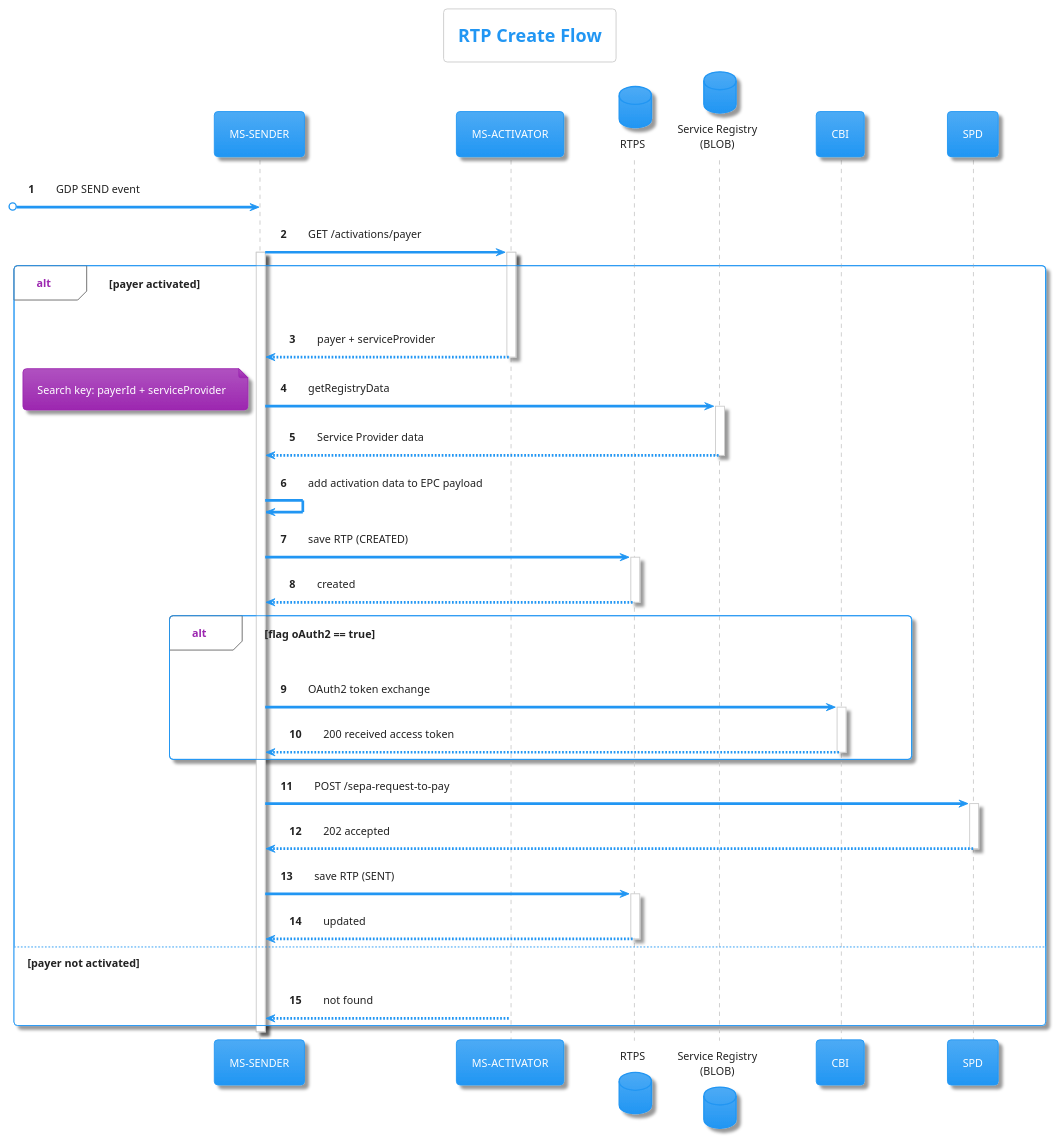
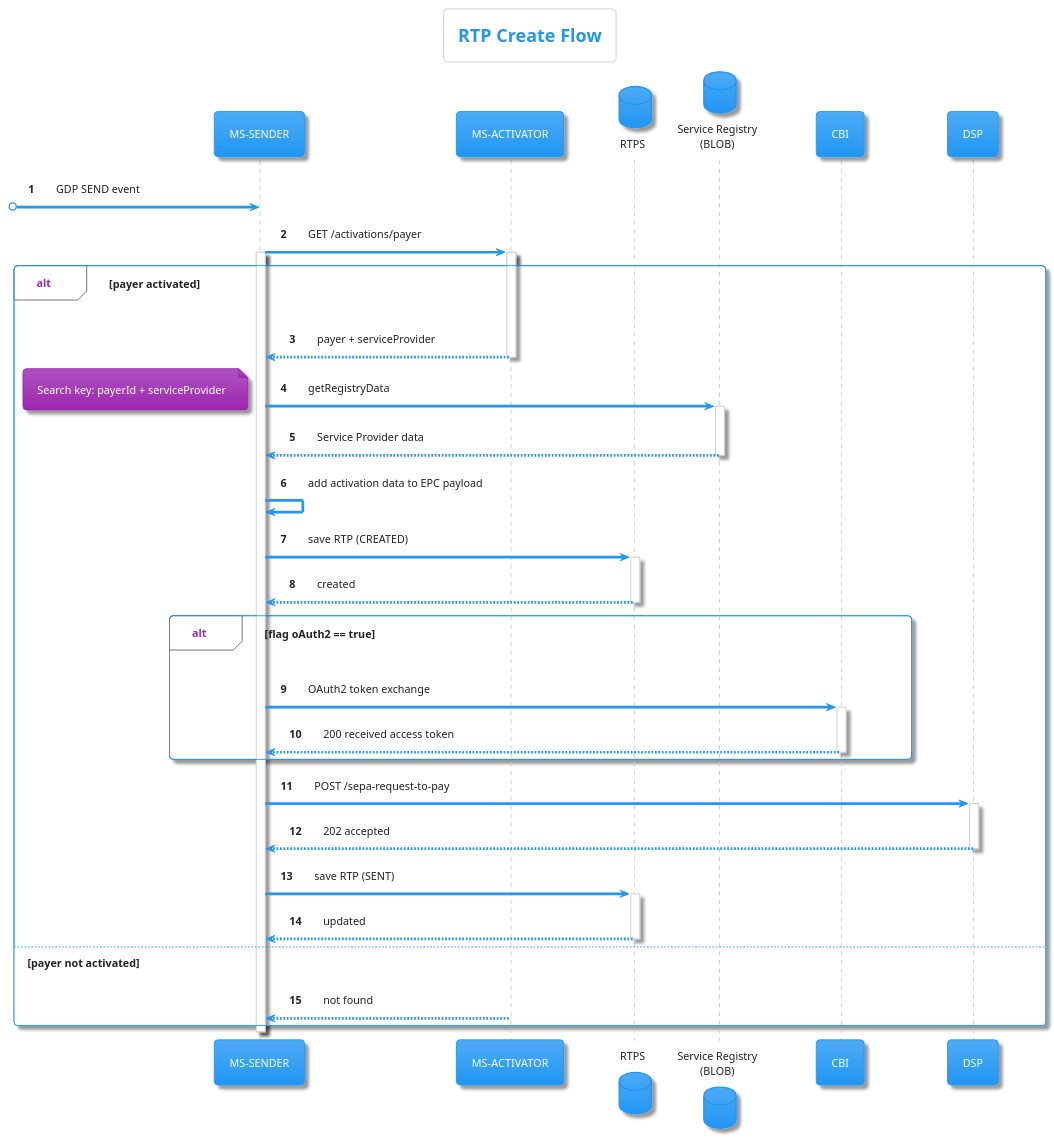
The diagram in diagrams/create-rtp.puml (pagopa/rtp-docs), drawn with PlantUML before and after one commit.

Commit message:
SRTP-1229 update RTP operation flow in send diagram

```diff
--- a/diagrams/create-rtp.puml
+++ b/diagrams/create-rtp.puml
@@ -1,69 +1,69 @@
 @startuml
 ' PlantUML Diagram for RTP Send API
 ' Title: Detailed RTP Send Sequence Diagram
 ' Version: 2.0.0
 ' Description: This diagram shows the detailed internal process for sending
 '              an RTP after GDP operation validation.
 
 !theme materia
 
 title RTP Create Flow
 
 participant "MS-SENDER" as SENDER
 participant "MS-ACTIVATOR" as GR
 database "RTPS" as SRTP
 database "Service Registry\n(BLOB)" as SR
 participant "CBI" as CBI
-participant "SPD" as SPD
+participant "DSP" as DSP
 
 autonumber
 
 [o-> SENDER: GDP SEND event
 
 SENDER -> GR: GET /activations/payer
 activate SENDER
 activate GR
 
 alt payer activated
     GR --> SENDER: payer + serviceProvider
     deactivate GR
 
 
     SENDER -> SR: getRegistryData
     activate SR
     note left: Search key: payerId + serviceProvider
     SR --> SENDER: Service Provider data
     deactivate SR
 
     SENDER -> SENDER: add activation data to EPC payload
 
     SENDER -> SRTP: save RTP (CREATED)
     activate SRTP
     SRTP --> SENDER: created
     deactivate SRTP
 
     alt flag oAuth2 == true
         SENDER -> CBI: OAuth2 token exchange
         activate CBI
         CBI --> SENDER: 200 received access token
         deactivate CBI
     end
 
-    SENDER -> SPD: POST /sepa-request-to-pay
-    activate SPD
-    SPD --> SENDER: 202 accepted
-    deactivate SPD
+    SENDER -> DSP: POST /sepa-request-to-pay
+    activate DSP
+    DSP --> SENDER: 202 accepted
+    deactivate DSP
 
     SENDER -> SRTP: save RTP (SENT)
     activate SRTP
     SRTP --> SENDER: updated
     deactivate SRTP
 
 else payer not activated
     GR --> SENDER: not found
 end
 
 
 deactivate SENDER
 
 @enduml
```
